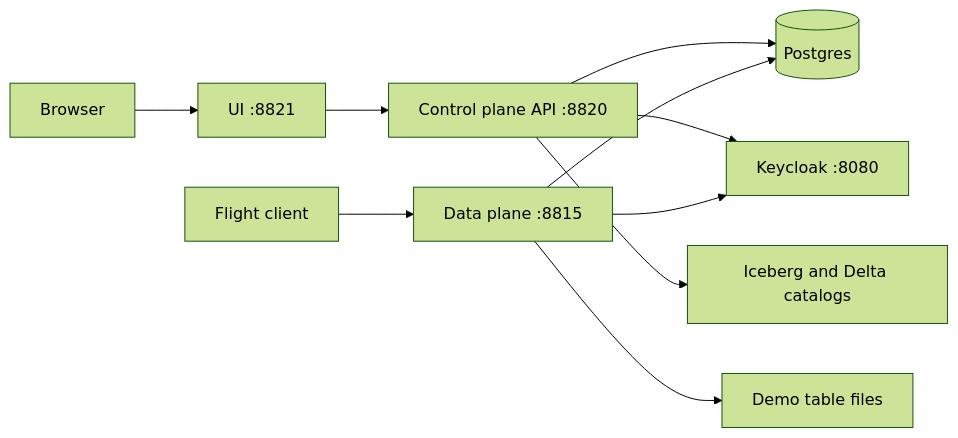
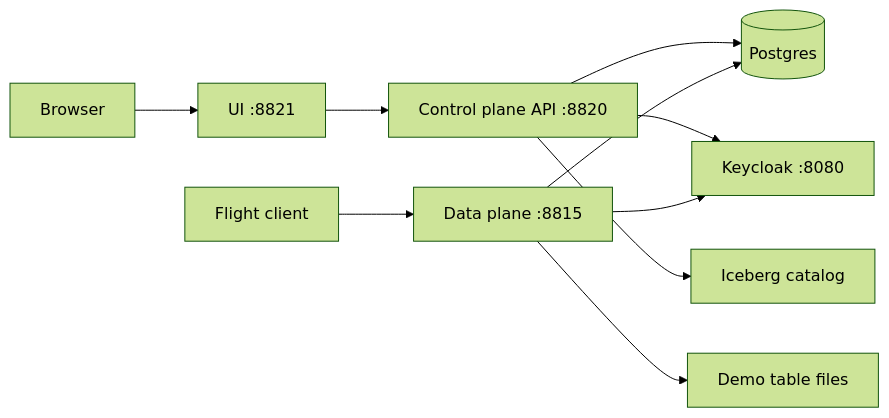
One commit to snithish/dal-obscura changed the diagram in docs/quickstart.md. Above: the diagram before and after it, drawn with Mermaid (forest theme). The commit also changed other lines of this file and 2 other files, not shown here.

Commit message:
docs(scope): remove stale retired-backend references

````diff
--- a/docs/quickstart.md
+++ b/docs/quickstart.md
@@ -35,12 +35,12 @@
 ```mermaid
 flowchart LR
     browser["Browser"] --> ui["UI :8821"]
     ui --> api["Control plane API :8820"]
     api --> db[("Postgres")]
     api --> keycloak["Keycloak :8080"]
-    api --> catalog["Iceberg and Delta catalogs"]
+    api --> catalog["Iceberg catalog"]
     client["Flight client"] --> dp["Data plane :8815"]
     dp --> db
     dp --> keycloak
     dp --> storage["Demo table files"]
 ```
````
